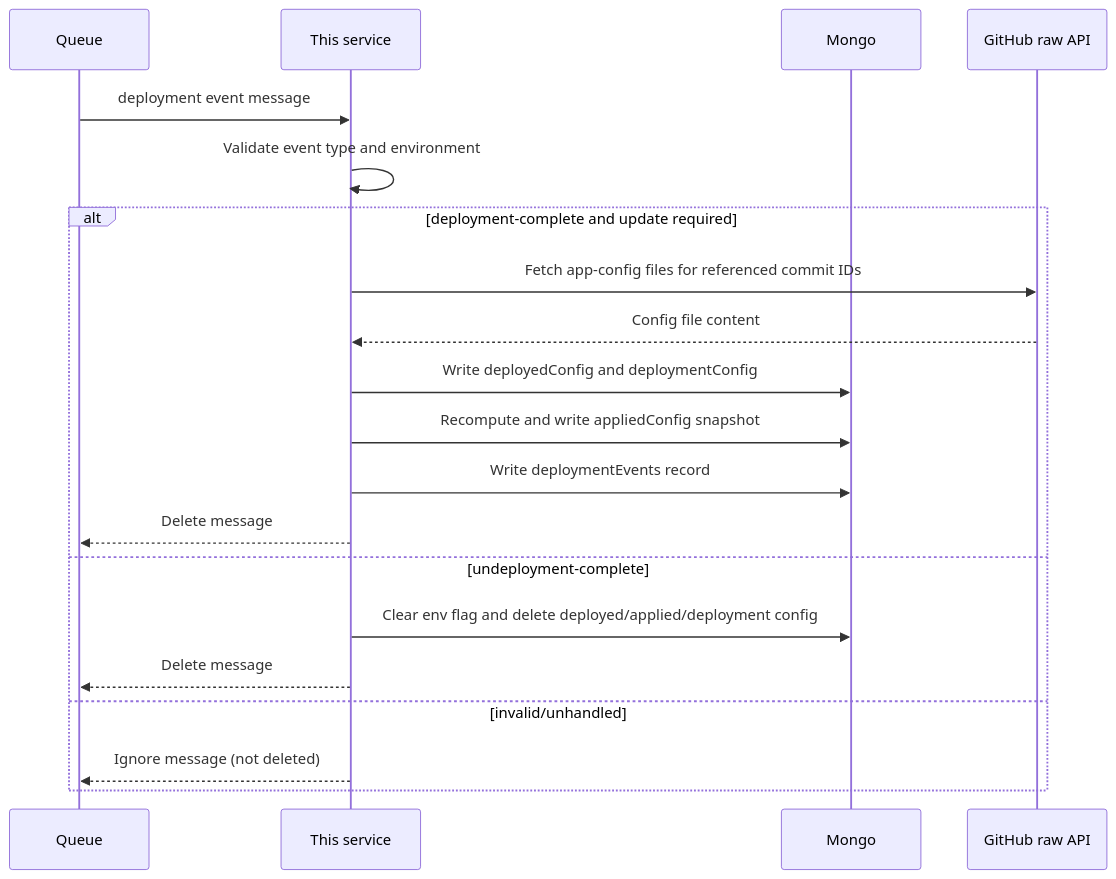
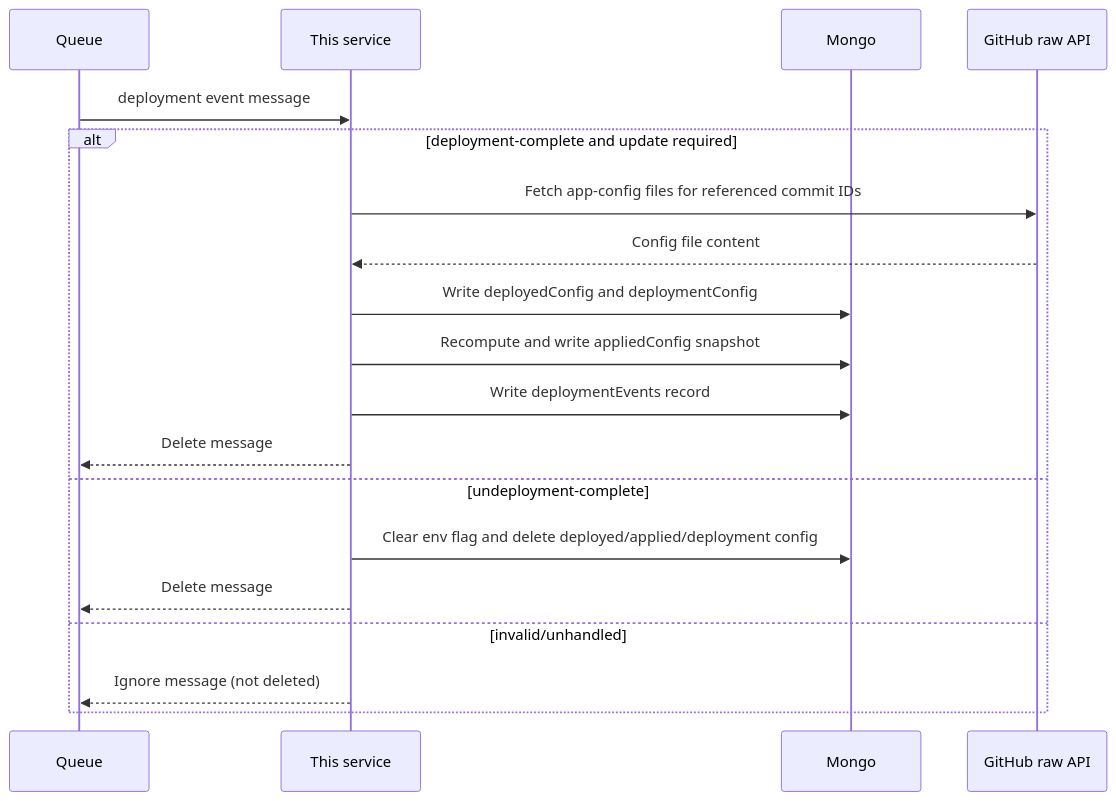
One commit to uk-gov-mirror/hmrc.service-configs changed the third of 8 diagrams in conf/diagram.md. Above: the diagram before and after it, drawn with Mermaid. The commit also changed other lines of this file, not shown here.

````diff
--- a/conf/diagram.md
+++ b/conf/diagram.md
@@ -47,24 +70,23 @@
 ```mermaid
 sequenceDiagram
   participant Q as Queue
   participant S as This service
   participant M as Mongo
   participant GH as GitHub raw API
 
   Q->>S: deployment event message
-  S->>S: Validate event type and environment
 
   alt deployment-complete and update required
     S->>GH: Fetch app-config files for referenced commit IDs
     GH-->>S: Config file content
     S->>M: Write deployedConfig and deploymentConfig
     S->>M: Recompute and write appliedConfig snapshot
     S->>M: Write deploymentEvents record
     S-->>Q: Delete message
   else undeployment-complete
     S->>M: Clear env flag and delete deployed/applied/deployment config
     S-->>Q: Delete message
   else invalid/unhandled
     S-->>Q: Ignore message (not deleted)
   end
 ```
````
